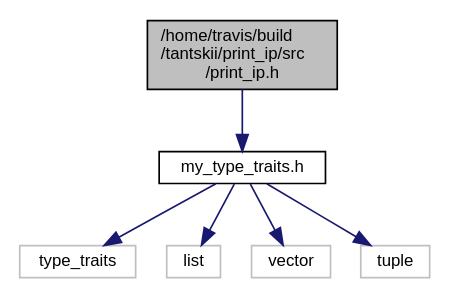
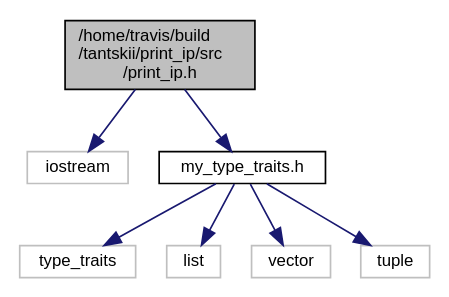
One commit to tantskii/print_ip changed the diagram in print__ip_8h__incl.dot. Above: the diagram before and after it, drawn with Graphviz. The commit also changed 32 other files, not shown here.

```diff
--- a/print__ip_8h__incl.dot
+++ b/print__ip_8h__incl.dot
@@ -1,16 +1,18 @@
 digraph "/home/travis/build/tantskii/print_ip/src/print_ip.h"
 {
   edge [fontname="Helvetica",fontsize="10",labelfontname="Helvetica",labelfontsize="10"];
   node [fontname="Helvetica",fontsize="10",shape=record];
   Node1 [label="/home/travis/build\l/tantskii/print_ip/src\l/print_ip.h",height=0.2,width=0.4,color="black", fillcolor="grey75", style="filled", fontcolor="black"];
   Node1 -> Node2 [color="midnightblue",fontsize="10",style="solid",fontname="Helvetica"];
-  Node2 [label="my_type_traits.h",height=0.2,width=0.4,color="black", fillcolor="white", style="filled",URL="$my__type__traits_8h.html"];
-  Node2 -> Node3 [color="midnightblue",fontsize="10",style="solid",fontname="Helvetica"];
-  Node3 [label="type_traits",height=0.2,width=0.4,color="grey75", fillcolor="white", style="filled"];
-  Node2 -> Node4 [color="midnightblue",fontsize="10",style="solid",fontname="Helvetica"];
-  Node4 [label="list",height=0.2,width=0.4,color="grey75", fillcolor="white", style="filled"];
-  Node2 -> Node5 [color="midnightblue",fontsize="10",style="solid",fontname="Helvetica"];
-  Node5 [label="vector",height=0.2,width=0.4,color="grey75", fillcolor="white", style="filled"];
-  Node2 -> Node6 [color="midnightblue",fontsize="10",style="solid",fontname="Helvetica"];
-  Node6 [label="tuple",height=0.2,width=0.4,color="grey75", fillcolor="white", style="filled"];
+  Node2 [label="iostream",height=0.2,width=0.4,color="grey75", fillcolor="white", style="filled"];
+  Node1 -> Node3 [color="midnightblue",fontsize="10",style="solid",fontname="Helvetica"];
+  Node3 [label="my_type_traits.h",height=0.2,width=0.4,color="black", fillcolor="white", style="filled",URL="$my__type__traits_8h.html",tooltip="Заголовочный файл с реализацией стуктур для проверок типа данных "];
+  Node3 -> Node4 [color="midnightblue",fontsize="10",style="solid",fontname="Helvetica"];
+  Node4 [label="type_traits",height=0.2,width=0.4,color="grey75", fillcolor="white", style="filled"];
+  Node3 -> Node5 [color="midnightblue",fontsize="10",style="solid",fontname="Helvetica"];
+  Node5 [label="list",height=0.2,width=0.4,color="grey75", fillcolor="white", style="filled"];
+  Node3 -> Node6 [color="midnightblue",fontsize="10",style="solid",fontname="Helvetica"];
+  Node6 [label="vector",height=0.2,width=0.4,color="grey75", fillcolor="white", style="filled"];
+  Node3 -> Node7 [color="midnightblue",fontsize="10",style="solid",fontname="Helvetica"];
+  Node7 [label="tuple",height=0.2,width=0.4,color="grey75", fillcolor="white", style="filled"];
 }
```
